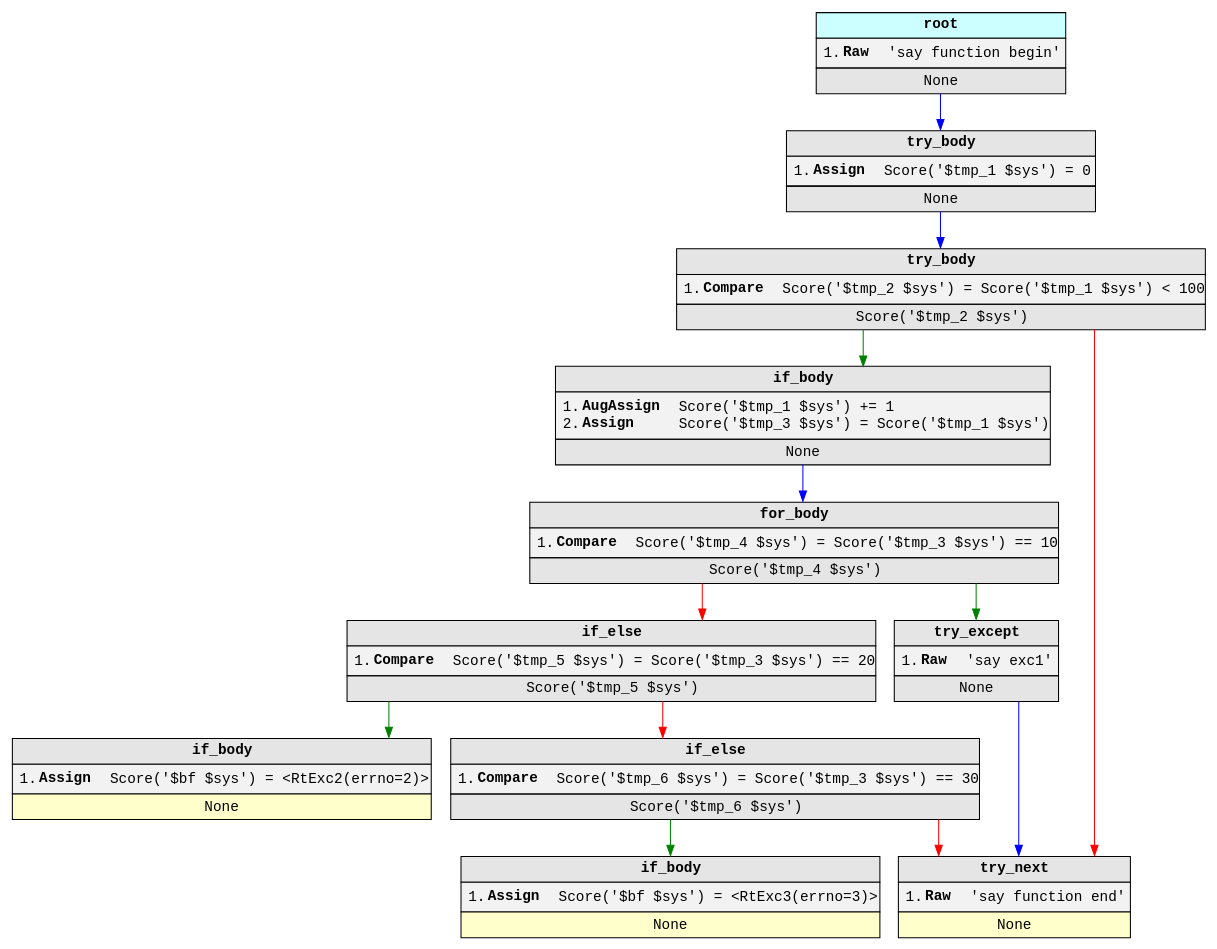
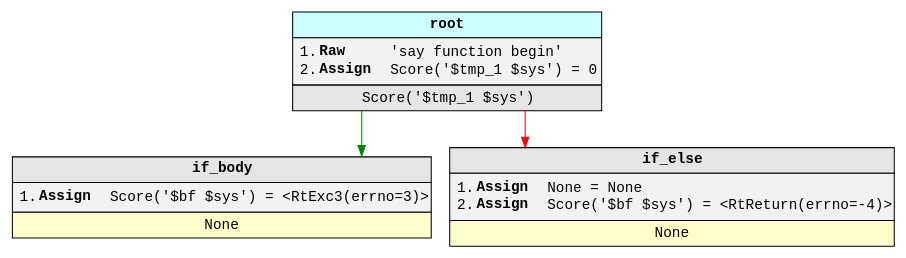
The diagram in test.dot (00ll00/pymcf), drawn with Graphviz before and after one commit. The commit also changed 2 other files, not shown here.

```diff
--- a/test.dot
+++ b/test.dot
@@ -1,117 +1,36 @@
 digraph {
 	node [fontname="Courier New"]
 	edge [fontname="Courier New"]
 	bgcolor=white splines=ortho
-	node_1664862349008 [label=<
+	node_1844461982160 [label=<
                     <table border="0" cellborder="1" cellspacing="0" cellpadding="4">
-                        <tr><td><b>try_next</b></td></tr>
+                        <tr><td><b>if_else</b></td></tr>
                         <tr><td bgcolor="gray95"><table border="0" cellborder="0" cellspacing="2" cellpadding="0">
-                            <tr><td align="left">1.</td><td align="left"><b>Raw</b>  </td><td align="left">&#x27;say function end&#x27;</td></tr>
+                            <tr><td align="left">1.</td><td align="left"><b>Assign</b>  </td><td align="left">None = None</td></tr>
+<tr><td align="left">2.</td><td align="left"><b>Assign</b>  </td><td align="left">Score(&#x27;$bf $sys&#x27;) = &lt;RtReturn(errno=-4)&gt;</td></tr>
                         </table></td></tr>
                         <tr><td bgcolor="#ffffcc">None</td></tr>
                     </table>
                     > fillcolor=gray90 shape=plain style=filled]
-	node_1664862505040 [label=<
+	node_1844461981904 [label=<
                     <table border="0" cellborder="1" cellspacing="0" cellpadding="4">
                         <tr><td><b>if_body</b></td></tr>
                         <tr><td bgcolor="gray95"><table border="0" cellborder="0" cellspacing="2" cellpadding="0">
                             <tr><td align="left">1.</td><td align="left"><b>Assign</b>  </td><td align="left">Score(&#x27;$bf $sys&#x27;) = &lt;RtExc3(errno=3)&gt;</td></tr>
                         </table></td></tr>
                         <tr><td bgcolor="#ffffcc">None</td></tr>
                     </table>
                     > fillcolor=gray90 shape=plain style=filled]
-	node_1664862504016 [label=<
-                    <table border="0" cellborder="1" cellspacing="0" cellpadding="4">
-                        <tr><td><b>if_else</b></td></tr>
-                        <tr><td bgcolor="gray95"><table border="0" cellborder="0" cellspacing="2" cellpadding="0">
-                            <tr><td align="left">1.</td><td align="left"><b>Compare</b>  </td><td align="left">Score(&#x27;$tmp_6 $sys&#x27;) = Score(&#x27;$tmp_3 $sys&#x27;) == 30</td></tr>
-                        </table></td></tr>
-                        <tr><td>Score(&#x27;$tmp_6 $sys&#x27;)</td></tr>
-                    </table>
-                    > fillcolor=gray90 shape=plain style=filled]
-	node_1664862504016:sw -> node_1664862505040:n [color=green]
-	node_1664862504016:se -> node_1664862349008:n [color=red]
-	node_1664862503632 [label=<
-                    <table border="0" cellborder="1" cellspacing="0" cellpadding="4">
-                        <tr><td><b>if_body</b></td></tr>
-                        <tr><td bgcolor="gray95"><table border="0" cellborder="0" cellspacing="2" cellpadding="0">
-                            <tr><td align="left">1.</td><td align="left"><b>Assign</b>  </td><td align="left">Score(&#x27;$bf $sys&#x27;) = &lt;RtExc2(errno=2)&gt;</td></tr>
-                        </table></td></tr>
-                        <tr><td bgcolor="#ffffcc">None</td></tr>
-                    </table>
-                    > fillcolor=gray90 shape=plain style=filled]
-	node_1664862469328 [label=<
-                    <table border="0" cellborder="1" cellspacing="0" cellpadding="4">
-                        <tr><td><b>if_else</b></td></tr>
-                        <tr><td bgcolor="gray95"><table border="0" cellborder="0" cellspacing="2" cellpadding="0">
-                            <tr><td align="left">1.</td><td align="left"><b>Compare</b>  </td><td align="left">Score(&#x27;$tmp_5 $sys&#x27;) = Score(&#x27;$tmp_3 $sys&#x27;) == 20</td></tr>
-                        </table></td></tr>
-                        <tr><td>Score(&#x27;$tmp_5 $sys&#x27;)</td></tr>
-                    </table>
-                    > fillcolor=gray90 shape=plain style=filled]
-	node_1664862469328:sw -> node_1664862503632:n [color=green]
-	node_1664862469328:se -> node_1664862504016:n [color=red]
-	node_1664862464272 [label=<
-                    <table border="0" cellborder="1" cellspacing="0" cellpadding="4">
-                        <tr><td><b>try_except</b></td></tr>
-                        <tr><td bgcolor="gray95"><table border="0" cellborder="0" cellspacing="2" cellpadding="0">
-                            <tr><td align="left">1.</td><td align="left"><b>Raw</b>  </td><td align="left">&#x27;say exc1&#x27;</td></tr>
-                        </table></td></tr>
-                        <tr><td>None</td></tr>
-                    </table>
-                    > fillcolor=gray90 shape=plain style=filled]
-	node_1664862464272:s -> node_1664862349008:n [color=blue]
-	node_1664862466640 [label=<
-                    <table border="0" cellborder="1" cellspacing="0" cellpadding="4">
-                        <tr><td><b>for_body</b></td></tr>
-                        <tr><td bgcolor="gray95"><table border="0" cellborder="0" cellspacing="2" cellpadding="0">
-                            <tr><td align="left">1.</td><td align="left"><b>Compare</b>  </td><td align="left">Score(&#x27;$tmp_4 $sys&#x27;) = Score(&#x27;$tmp_3 $sys&#x27;) == 10</td></tr>
-                        </table></td></tr>
-                        <tr><td>Score(&#x27;$tmp_4 $sys&#x27;)</td></tr>
-                    </table>
-                    > fillcolor=gray90 shape=plain style=filled]
-	node_1664862466640:sw -> node_1664862464272:n [color=green]
-	node_1664862466640:se -> node_1664862469328:n [color=red]
-	node_1664862468752 [label=<
-                    <table border="0" cellborder="1" cellspacing="0" cellpadding="4">
-                        <tr><td><b>if_body</b></td></tr>
-                        <tr><td bgcolor="gray95"><table border="0" cellborder="0" cellspacing="2" cellpadding="0">
-                            <tr><td align="left">1.</td><td align="left"><b>AugAssign</b>  </td><td align="left">Score(&#x27;$tmp_1 $sys&#x27;) += 1</td></tr>
-<tr><td align="left">2.</td><td align="left"><b>Assign</b>  </td><td align="left">Score(&#x27;$tmp_3 $sys&#x27;) = Score(&#x27;$tmp_1 $sys&#x27;)</td></tr>
-                        </table></td></tr>
-                        <tr><td>None</td></tr>
-                    </table>
-                    > fillcolor=gray90 shape=plain style=filled]
-	node_1664862468752:s -> node_1664862466640:n [color=blue]
-	node_1664862468240 [label=<
-                    <table border="0" cellborder="1" cellspacing="0" cellpadding="4">
-                        <tr><td><b>try_body</b></td></tr>
-                        <tr><td bgcolor="gray95"><table border="0" cellborder="0" cellspacing="2" cellpadding="0">
-                            <tr><td align="left">1.</td><td align="left"><b>Compare</b>  </td><td align="left">Score(&#x27;$tmp_2 $sys&#x27;) = Score(&#x27;$tmp_1 $sys&#x27;) &lt; 100</td></tr>
-                        </table></td></tr>
-                        <tr><td>Score(&#x27;$tmp_2 $sys&#x27;)</td></tr>
-                    </table>
-                    > fillcolor=gray90 shape=plain style=filled]
-	node_1664862468240:sw -> node_1664862468752:n [color=green]
-	node_1664862468240:se -> node_1664862349008:n [color=red]
-	node_1664859179280 [label=<
-                    <table border="0" cellborder="1" cellspacing="0" cellpadding="4">
-                        <tr><td><b>try_body</b></td></tr>
-                        <tr><td bgcolor="gray95"><table border="0" cellborder="0" cellspacing="2" cellpadding="0">
-                            <tr><td align="left">1.</td><td align="left"><b>Assign</b>  </td><td align="left">Score(&#x27;$tmp_1 $sys&#x27;) = 0</td></tr>
-                        </table></td></tr>
-                        <tr><td>None</td></tr>
-                    </table>
-                    > fillcolor=gray90 shape=plain style=filled]
-	node_1664859179280:s -> node_1664862468240:n [color=blue]
-	node_1664857928784 [label=<
+	node_1844458450128 [label=<
                     <table border="0" cellborder="1" cellspacing="0" cellpadding="4">
                         <tr><td bgcolor="#ccffff"><b>root</b></td></tr>
                         <tr><td bgcolor="gray95"><table border="0" cellborder="0" cellspacing="2" cellpadding="0">
                             <tr><td align="left">1.</td><td align="left"><b>Raw</b>  </td><td align="left">&#x27;say function begin&#x27;</td></tr>
+<tr><td align="left">2.</td><td align="left"><b>Assign</b>  </td><td align="left">Score(&#x27;$tmp_1 $sys&#x27;) = 0</td></tr>
                         </table></td></tr>
-                        <tr><td>None</td></tr>
+                        <tr><td>Score(&#x27;$tmp_1 $sys&#x27;)</td></tr>
                     </table>
                     > fillcolor=gray90 shape=plain style=filled]
-	node_1664857928784:s -> node_1664859179280:n [color=blue]
+	node_1844458450128:sw -> node_1844461981904:n [color=green]
+	node_1844458450128:se -> node_1844461982160:n [color=red]
 }
```
